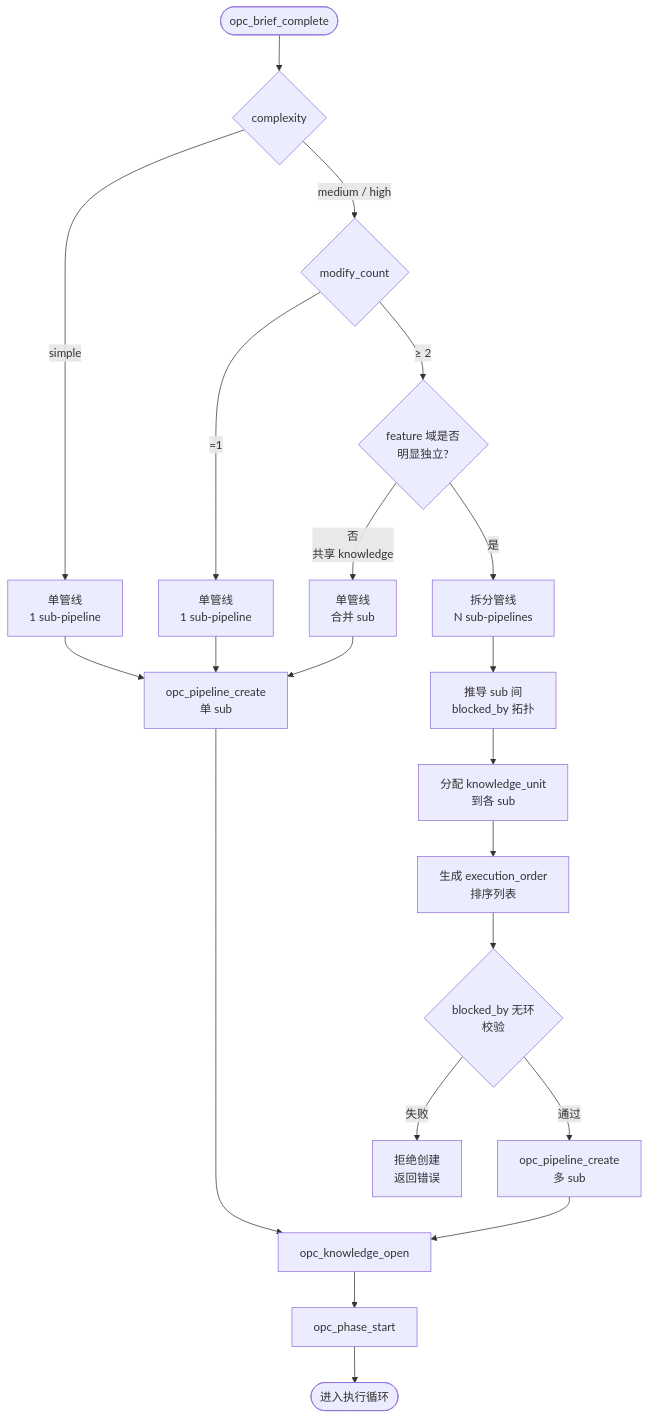
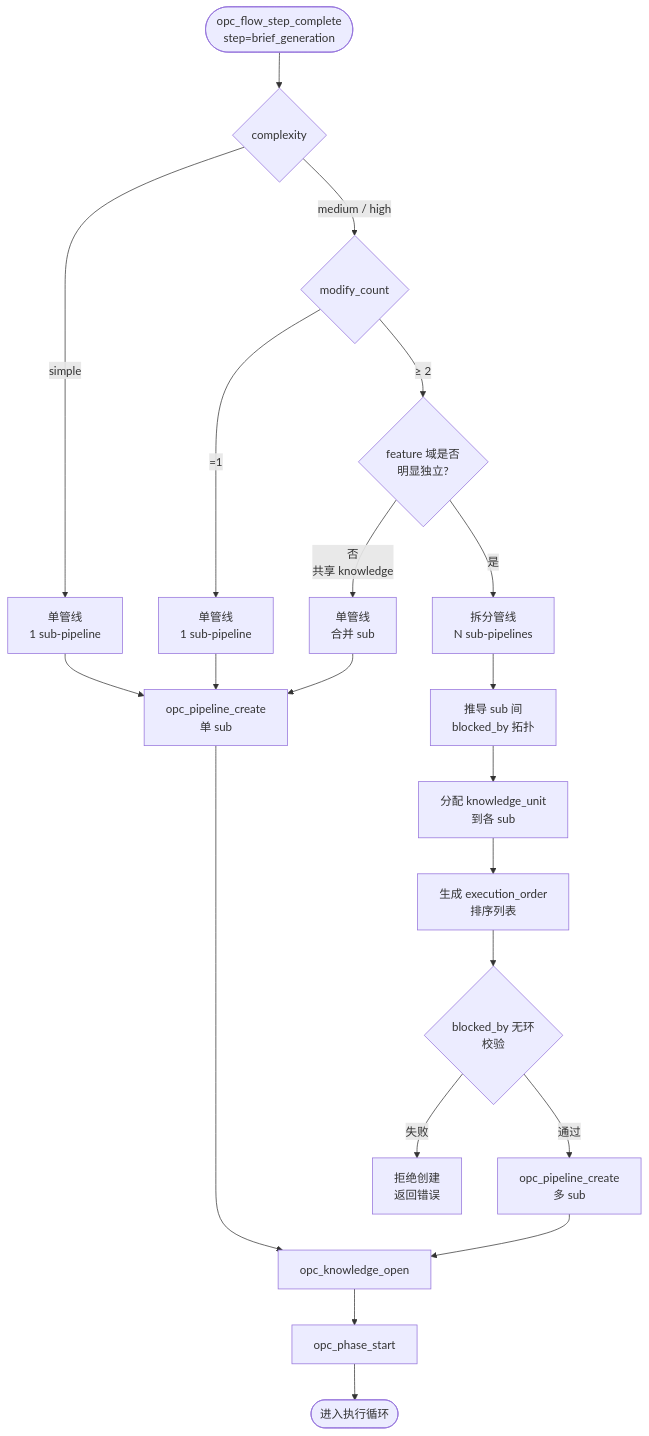
Before and after one commit to CaffeineOddity/opc-marketplace: the second of 2 diagrams in doc/feature/02-opc-state-server/02-pipeline/00_overview.md, drawn with Mermaid. The commit also changed other lines of this file and 19 other files, not shown here.

````diff
--- a/doc/feature/02-opc-state-server/02-pipeline/00_overview.md
+++ b/doc/feature/02-opc-state-server/02-pipeline/00_overview.md
@@ -65,29 +65,29 @@
 ```mermaid
 flowchart TD
-    Brief([opc_brief_complete]) --> Cx{complexity}
+    Brief([opc_flow_step_complete<br/>step=brief_generation]) --> Cx{complexity}
 
     Cx -->|simple| Single1[单管线<br/>1 sub-pipeline]
     Cx -->|medium / high| Mod{modify_count}
 
     Mod -->|=1| Single2[单管线<br/>1 sub-pipeline]
     Mod -->|≥ 2| FD{feature 域是否<br/>明显独立?}
 
     FD -->|否<br/>共享 knowledge| Single3[单管线<br/>合并 sub]
     FD -->|是| Split[拆分管线<br/>N sub-pipelines]
 
     Split --> Deps[推导 sub 间<br/>blocked_by 拓扑]
     Deps --> Allocate[分配 knowledge_unit<br/>到各 sub]
     Allocate --> EO[生成 execution_order<br/>排序列表]
     EO --> Topo{blocked_by 无环<br/>校验}
     Topo -->|失败| Reject[拒绝创建<br/>返回错误]
     Topo -->|通过| CreateSplit[opc_pipeline_create<br/>多 sub]
 
     Single1 --> CreateSingle[opc_pipeline_create<br/>单 sub]
     Single2 --> CreateSingle
     Single3 --> CreateSingle
 
     CreateSingle --> KO[opc_knowledge_open]
     CreateSplit --> KO
     KO --> PS[opc_phase_start]
     PS --> EndE([进入执行循环])
 ```
````
